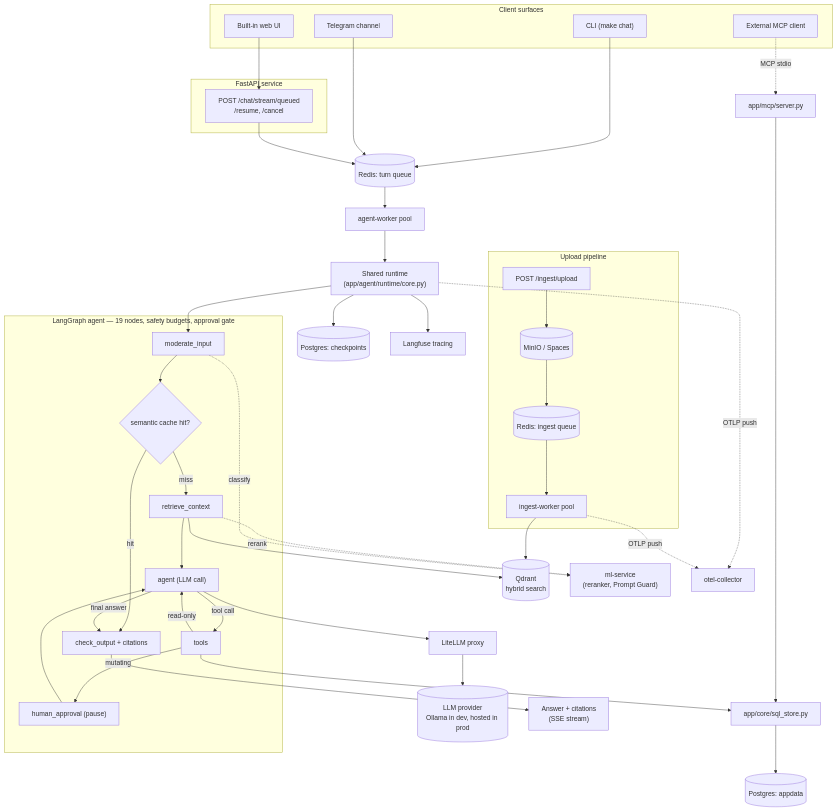
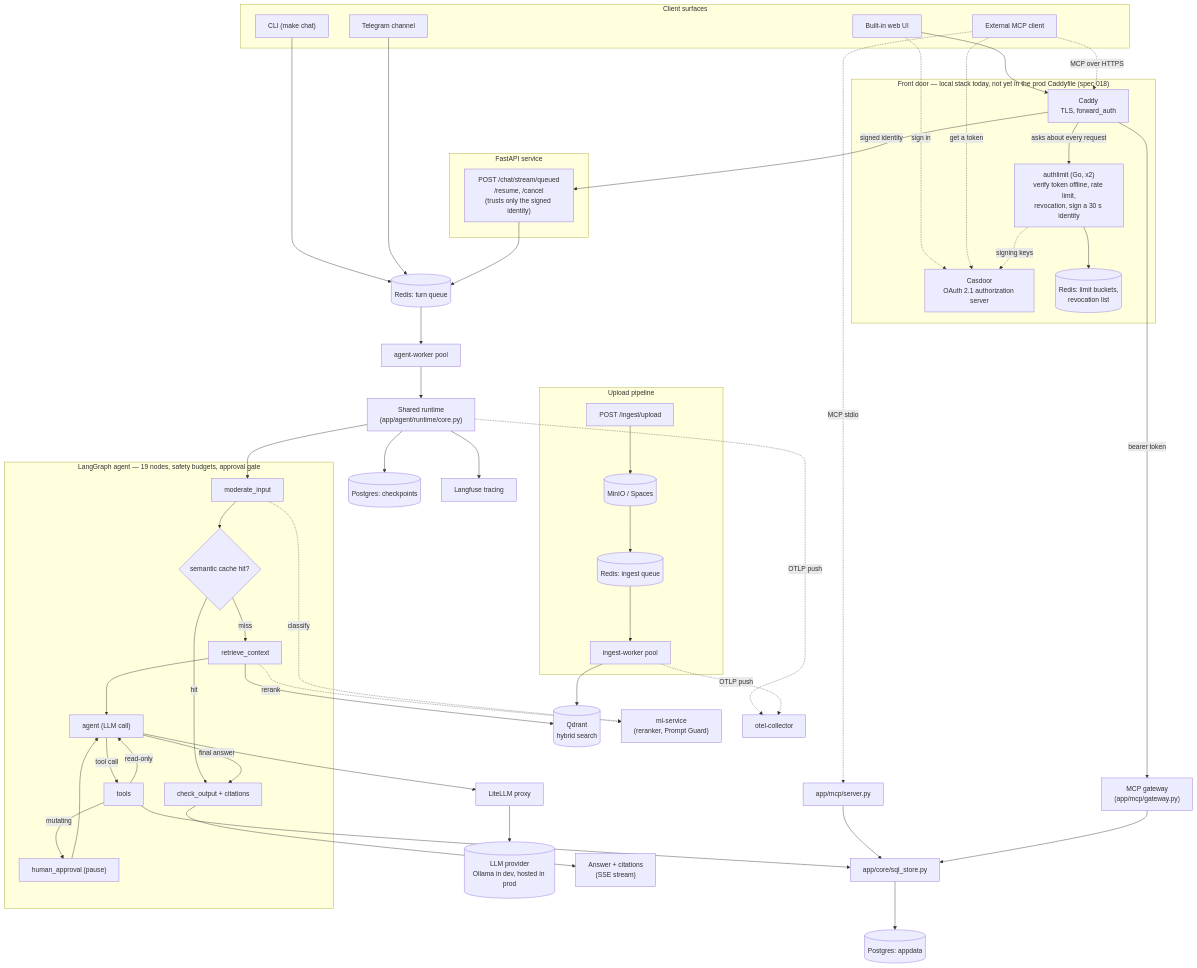
Before and after one commit to truongpx396/agent-core-demo: the diagram in README.md, drawn with Mermaid. The commit also changed other lines of this file, not shown here.

````diff
--- a/README.md
+++ b/README.md
@@ -39,62 +39,78 @@
 ```mermaid
 flowchart TB
     subgraph clients_sg["Client surfaces"]
         CLI["CLI (make chat)"]
         WebUI["Built-in web UI"]
         Telegram["Telegram channel"]
         ExtMCP["External MCP client"]
     end
 
-    subgraph api_sg["FastAPI service"]
-        Queued["POST /chat/stream/queued<br/>/resume, /cancel"]
+    subgraph door_sg["Front door — local stack today, not yet in the prod Caddyfile (spec 018)"]
+        Caddy["Caddy<br/>TLS, forward_auth"]
+        Authlimit["authlimit (Go, x2)<br/>verify token offline, rate limit,<br/>revocation, sign a 30 s identity"]
+        Casdoor["Casdoor<br/>OAuth 2.1 authorization server"]
+        LimitState[("Redis: limit buckets,<br/>revocation list")]
     end
 
-    WebUI --> Queued
+    subgraph api_sg["FastAPI service"]
+        Queued["POST /chat/stream/queued<br/>/resume, /cancel<br/>(trusts only the signed identity)"]
+    end
+
+    WebUI --> Caddy
+    ExtMCP -. MCP over HTTPS .-> Caddy
+    WebUI -. sign in .-> Casdoor
+    ExtMCP -. get a token .-> Casdoor
+    Caddy -- asks about every request --> Authlimit
+    Authlimit -. signing keys .-> Casdoor
+    Authlimit --> LimitState
+    Caddy -- signed identity --> Queued
+    Caddy -- bearer token --> MCPGateway["MCP gateway<br/>(app/mcp/gateway.py)"]
     CLI --> TurnQueue
     Telegram --> TurnQueue
     ExtMCP -. MCP stdio .-> MCPServer["app/mcp/server.py"]
 
     Queued --> TurnQueue[("Redis: turn queue")]
     TurnQueue --> AgentWorker["agent-worker pool"]
     AgentWorker --> Runtime["Shared runtime<br/>(app/agent/runtime/core.py)"]
 
     Runtime --> Moderate
 
     subgraph agent_sg["LangGraph agent — 19 nodes, safety budgets, approval gate"]
         Moderate["moderate_input"]
         CacheCheck{"semantic cache hit?"}
         Retrieve["retrieve_context"]
         AgentNode["agent (LLM call)"]
         ToolsNode["tools"]
         HITL["human_approval (pause)"]
         Output["check_output + citations"]
     end
 
     Moderate --> CacheCheck
     CacheCheck -- miss --> Retrieve --> AgentNode
     CacheCheck -- hit --> Output
     AgentNode -- tool call --> ToolsNode
     ToolsNode -- mutating --> HITL --> AgentNode
     ToolsNode -- read-only --> AgentNode
     AgentNode -- final answer --> Output
 
     MCPServer --> SQL["app/core/sql_store.py"]
+    MCPGateway --> SQL
     ToolsNode --> SQL
     SQL --> Postgres[("Postgres: appdata")]
     Retrieve --> Qdrant[("Qdrant<br/>hybrid search")]
     Retrieve -. rerank .-> MLService["ml-service<br/>(reranker, Prompt Guard)"]
     Moderate -. classify .-> MLService
     AgentNode --> LiteLLM["LiteLLM proxy"] --> LLM[("LLM provider<br/>Ollama in dev, hosted in prod")]
     Runtime --> Checkpointer[("Postgres: checkpoints")]
     Runtime --> Langfuse["Langfuse tracing"]
     Runtime -. OTLP push .-> OtelCollector["otel-collector"]
     Output --> ClientResponse["Answer + citations<br/>(SSE stream)"]
 
     subgraph ingest_sg["Upload pipeline"]
         UploadEP["POST /ingest/upload"] --> ObjectStore[("MinIO / Spaces")]
         ObjectStore --> IngestQueue[("Redis: ingest queue")]
         IngestQueue --> IngestWorker["ingest-worker pool"]
     end
     IngestWorker --> Qdrant
     IngestWorker -. OTLP push .-> OtelCollector
 ```
````
